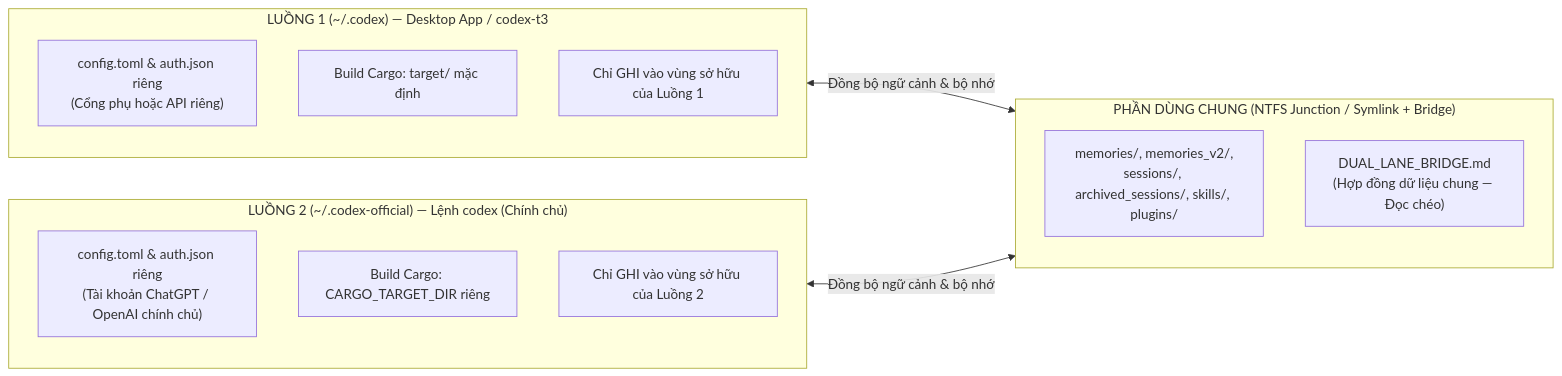
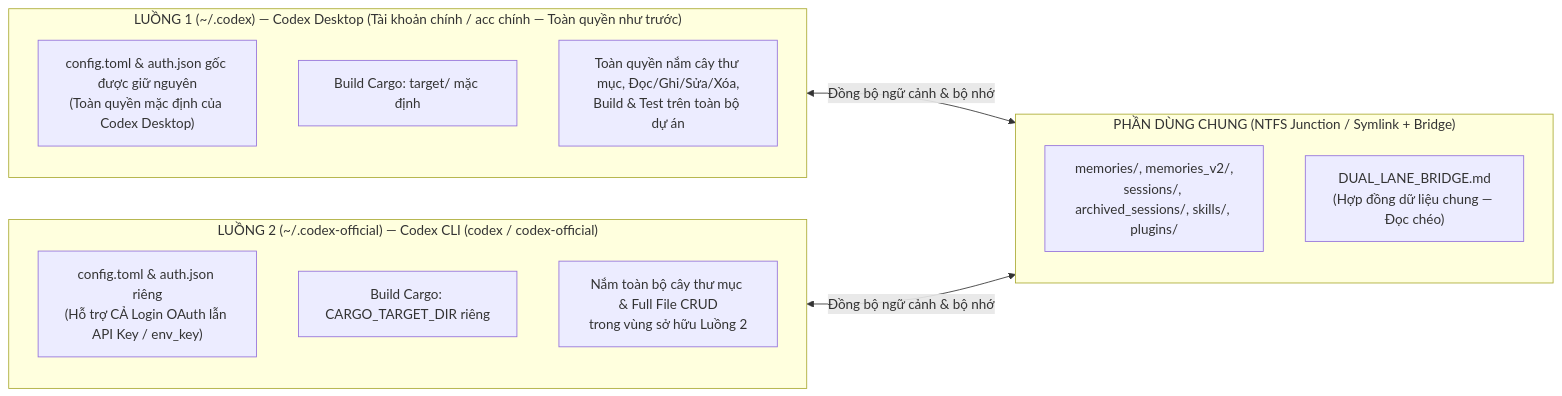
Before and after one commit to h01n9N90c/codex-cli-desktop: the diagram in README.md, drawn with Mermaid. The commit also changed other lines of this file and 18 other files, not shown here.

Commit message:
feat(v1.3.1): Desktop full-authority primary lane, CLI login+API-key routing, full workspace CRUD & deterministic link-ownership rollback

````diff
--- a/README.md
+++ b/README.md
@@ -22,22 +23,22 @@
 ```mermaid
 flowchart LR
-    subgraph L1["LUỒNG 1 (~/.codex) — Desktop App / codex-t3"]
-        A1["config.toml & auth.json riêng<br/>(Cổng phụ hoặc API riêng)"]
+    subgraph L1["LUỒNG 1 (~/.codex) — Codex Desktop (Tài khoản chính / acc chính — Toàn quyền như trước)"]
+        A1["config.toml & auth.json gốc được giữ nguyên<br/>(Toàn quyền mặc định của Codex Desktop)"]
         B1["Build Cargo: target/ mặc định"]
-        C1["Chỉ GHI vào vùng sở hữu của Luồng 1"]
+        C1["Toàn quyền nắm cây thư mục, Đọc/Ghi/Sửa/Xóa,<br/>Build & Test trên toàn bộ dự án"]
     end
 
-    subgraph L2["LUỒNG 2 (~/.codex-official) — Lệnh codex (Chính chủ)"]
-        A2["config.toml & auth.json riêng<br/>(Tài khoản ChatGPT / OpenAI chính chủ)"]
+    subgraph L2["LUỒNG 2 (~/.codex-official) — Codex CLI (codex / codex-official)"]
+        A2["config.toml & auth.json riêng<br/>(Hỗ trợ CẢ Login OAuth lẫn API Key / env_key)"]
         B2["Build Cargo: CARGO_TARGET_DIR riêng"]
-        C2["Chỉ GHI vào vùng sở hữu của Luồng 2"]
+        C2["Nắm toàn bộ cây thư mục & Full File CRUD<br/>trong vùng sở hữu Luồng 2"]
     end
 
     subgraph SHARED["PHẦN DÙNG CHUNG (NTFS Junction / Symlink + Bridge)"]
         S1["memories/, memories_v2/,<br/>sessions/, archived_sessions/, skills/, plugins/"]
         S2["DUAL_LANE_BRIDGE.md<br/>(Hợp đồng dữ liệu chung — Đọc chéo)"]
     end
 
     L1 <-->|"Đồng bộ ngữ cảnh & bộ nhớ"| SHARED
     L2 <-->|"Đồng bộ ngữ cảnh & bộ nhớ"| SHARED
 ```
````
